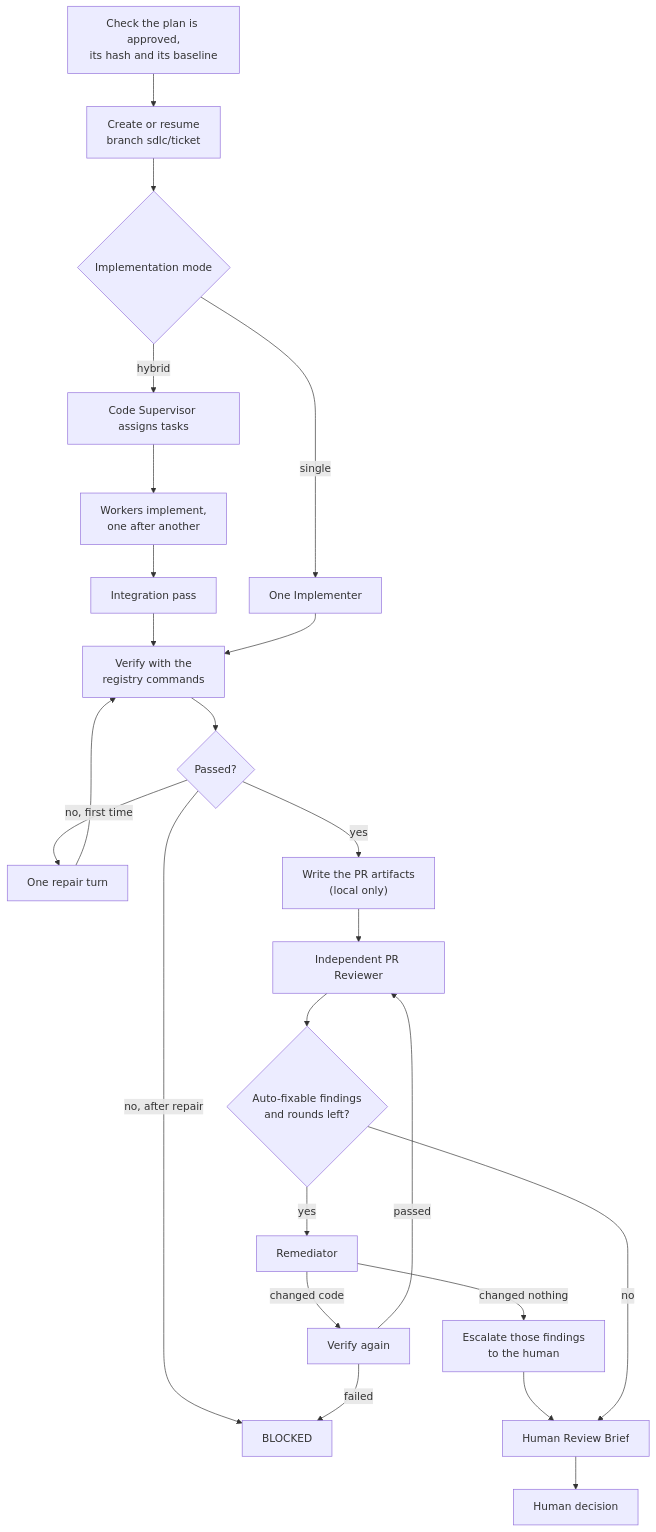
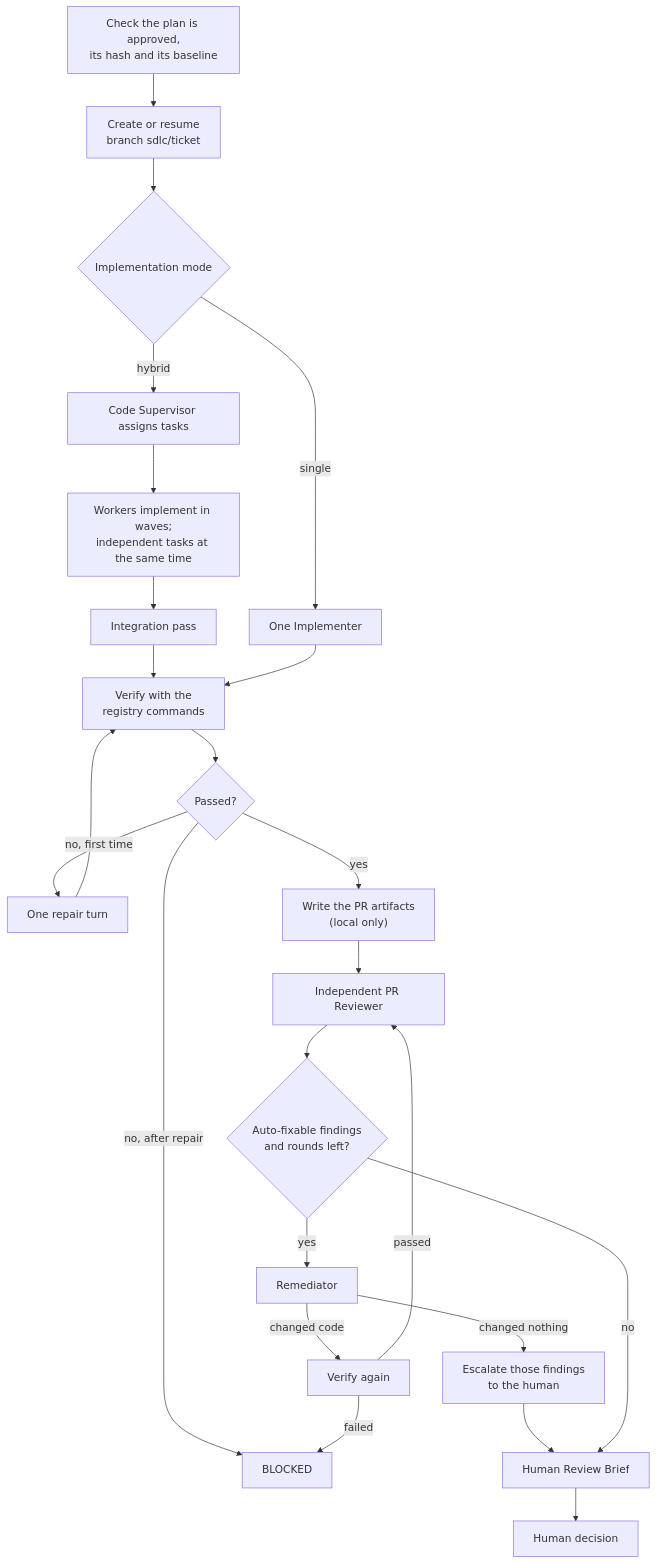
One commit to somr/awscao_agenticwflw changed the first of 3 diagrams in agentic-sdlc-docs/workflows/delivery.md. Above: the diagram before and after it, drawn with Mermaid. The commit also changed other lines of this file and 6 other files, not shown here.

````diff
--- a/agentic-sdlc-docs/workflows/delivery.md
+++ b/agentic-sdlc-docs/workflows/delivery.md
@@ -22,26 +22,26 @@
 ```mermaid
 flowchart TD
     A["Check the plan is approved,<br/>its hash and its baseline"] --> B["Create or resume<br/>branch sdlc/ticket"]
     B --> M{Implementation mode}
     M -- hybrid --> SUP[Code Supervisor assigns tasks]
-    SUP --> WK["Workers implement,<br/>one after another"]
+    SUP --> WK["Workers implement in waves;<br/>independent tasks at the same time"]
     WK --> INT[Integration pass]
     M -- single --> IMP[One Implementer]
     INT --> VER
     IMP --> VER["Verify with the<br/>registry commands"]
     VER --> OK{Passed?}
     OK -- "no, first time" --> REP[One repair turn]
     REP --> VER
     OK -- "no, after repair" --> BL[BLOCKED]
     OK -- yes --> PR["Write the PR artifacts<br/>(local only)"]
     PR --> REV[Independent PR Reviewer]
     REV --> F{"Auto-fixable findings<br/>and rounds left?"}
     F -- yes --> REM[Remediator]
     REM -- "changed nothing" --> ESC["Escalate those findings<br/>to the human"]
     ESC --> BRIEF
     REM -- changed code --> V2[Verify again]
     V2 -- failed --> BL
     V2 -- passed --> REV
     F -- no --> BRIEF[Human Review Brief]
     BRIEF --> H[Human decision]
 ```
````
